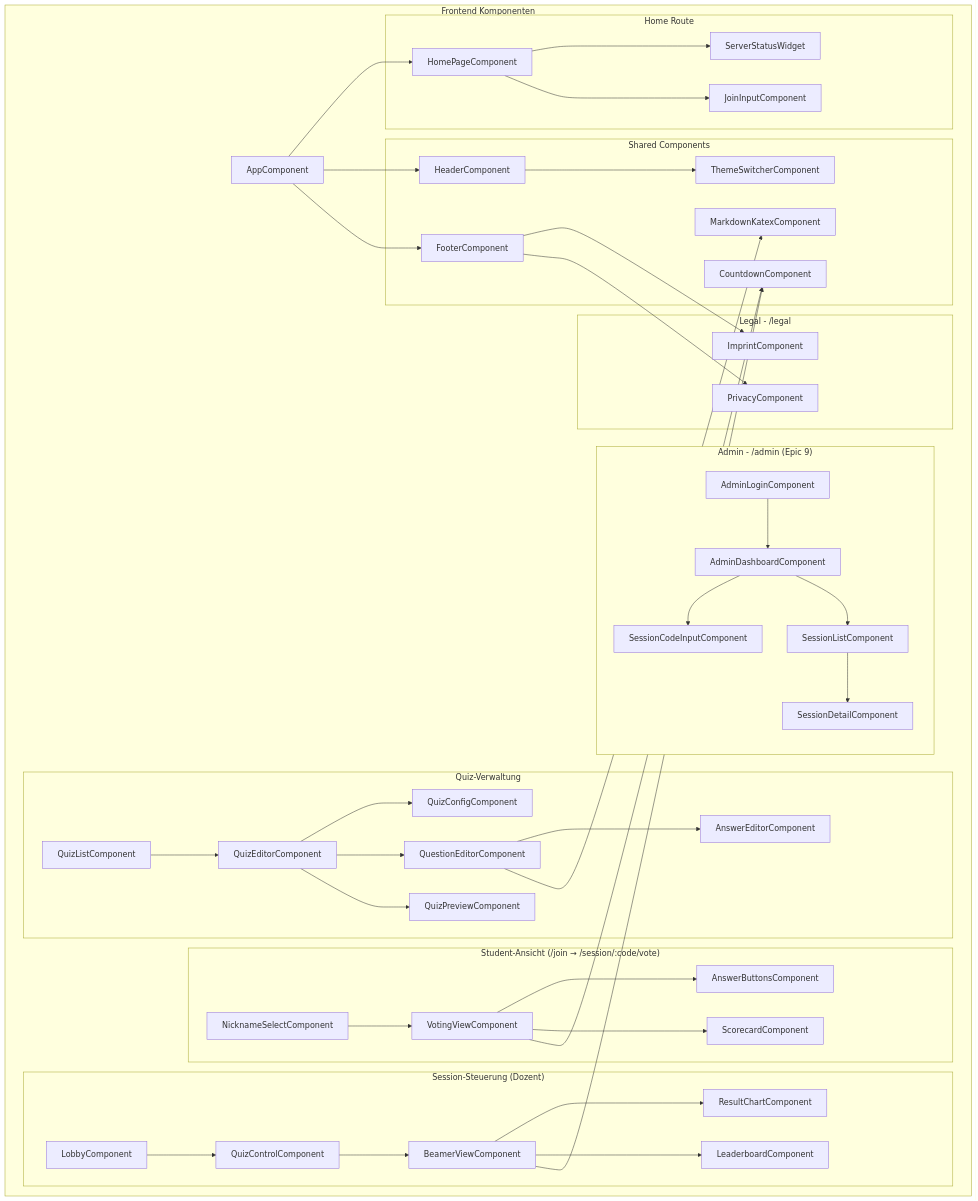
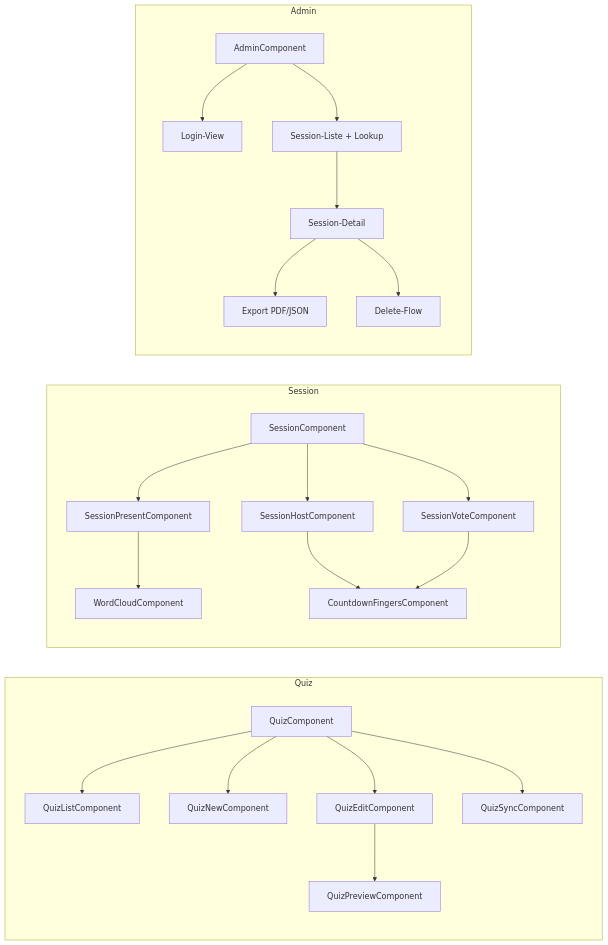
One commit to arsnova-dev/arsnova.eu changed the sixth of 12 diagrams in docs/diagrams/architecture-overview.md. Above: the diagram before and after it, drawn with Mermaid. The commit also changed other lines of this file and 18 other files, not shown here.

````diff
--- a/docs/diagrams/architecture-overview.md
+++ b/docs/diagrams/architecture-overview.md
@@ -191,91 +262,46 @@
 ```mermaid
-graph TD
-    subgraph "Frontend Komponenten"
-        APP[AppComponent]
-        
-        subgraph "Home Route"
-            HOME[HomePageComponent]
-            STATUS[ServerStatusWidget]
-            JOIN[JoinInputComponent]
-        end
-        
-        subgraph "Quiz-Verwaltung"
-            QLIST[QuizListComponent]
-            QEDIT[QuizEditorComponent]
-            QCONFIG[QuizConfigComponent]
-            QEDITOR[QuestionEditorComponent]
-            AEDITOR[AnswerEditorComponent]
-            PREVIEW[QuizPreviewComponent]
-        end
-        
-        subgraph "Session-Steuerung (Dozent)"
-            LOBBY[LobbyComponent]
-            CONTROL[QuizControlComponent]
-            BEAMER[BeamerViewComponent]
-            CHART[ResultChartComponent]
-            LEADERBOARD[LeaderboardComponent]
-        end
-        
-        subgraph "Student-Ansicht (/join → /session/:code/vote)"
-            NICK[NicknameSelectComponent]
-            VOTING[VotingViewComponent]
-            BUTTONS[AnswerButtonsComponent]
-            SCORECARD[ScorecardComponent]
-        end
+%%{init: {'flowchart': {'curve': 'basis', 'nodeSpacing': 60, 'rankSpacing': 90, 'padding': 18}}}%%
+graph LR
+    subgraph "Quiz"
+        QSHELL[QuizComponent]
+        QLIST[QuizListComponent]
+        QNEW[QuizNewComponent]
+        QEDIT[QuizEditComponent]
+        PREVIEW[QuizPreviewComponent]
+        QSYNC[QuizSyncComponent]
+        QSHELL --> QLIST
+        QSHELL --> QNEW
+        QSHELL --> QEDIT
+        QEDIT --> PREVIEW
+        QSHELL --> QSYNC
+    end
 
-        subgraph "Admin - /admin (Epic 9)"
-            ADMIN_LOGIN[AdminLoginComponent]
-            ADMIN_DASH[AdminDashboardComponent]
-            ADMIN_CODE[SessionCodeInputComponent]
-            ADMIN_LIST[SessionListComponent]
-            ADMIN_DETAIL[SessionDetailComponent]
-        end
+    subgraph "Session"
+        SROOT[SessionComponent]
+        SHOST[SessionHostComponent]
+        SPRESENT[SessionPresentComponent]
+        SVOTE[SessionVoteComponent]
+        WCLOUD[WordCloudComponent]
+        COUNTDOWN[CountdownFingersComponent]
+        SROOT --> SHOST
+        SROOT --> SPRESENT
+        SROOT --> SVOTE
+        SPRESENT --> WCLOUD
+        SHOST --> COUNTDOWN
+        SVOTE --> COUNTDOWN
+    end
 
-        subgraph "Legal - /legal"
-            IMPRINT[ImprintComponent]
-            PRIVACY[PrivacyComponent]
-        end
-        
-        subgraph "Shared Components"
-            HEADER[HeaderComponent]
-            FOOTER[FooterComponent]
-            THEME[ThemeSwitcherComponent]
-            COUNTDOWN[CountdownComponent]
-            MARKDOWN[MarkdownKatexComponent]
-        end
+    subgraph "Admin"
+        AROOT[AdminComponent]
+        ALOGIN[Login-View]
+        ALIST[Session-Liste + Lookup]
+        ADETAIL[Session-Detail]
+        AEXPORT[Export PDF/JSON]
+        ADELETE[Delete-Flow]
+        AROOT --> ALOGIN
+        AROOT --> ALIST
+        ALIST --> ADETAIL
+        ADETAIL --> AEXPORT
+        ADETAIL --> ADELETE
     end
-    
-    APP --> HOME
-    APP --> HEADER
-    APP --> FOOTER
-    
-    HOME --> STATUS
-    HOME --> JOIN
-    
-    QLIST --> QEDIT
-    QEDIT --> QCONFIG
-    QEDIT --> QEDITOR
-    QEDIT --> PREVIEW
-    QEDITOR --> AEDITOR
-    
-    LOBBY --> CONTROL
-    CONTROL --> BEAMER
-    BEAMER --> CHART
-    BEAMER --> LEADERBOARD
-    
-    NICK --> VOTING
-    VOTING --> BUTTONS
-    VOTING --> SCORECARD
-
-    ADMIN_LOGIN --> ADMIN_DASH
-    ADMIN_DASH --> ADMIN_CODE
-    ADMIN_DASH --> ADMIN_LIST
-    ADMIN_LIST --> ADMIN_DETAIL
-    
-    HEADER --> THEME
-    FOOTER --> IMPRINT
-    FOOTER --> PRIVACY
-    BEAMER --> COUNTDOWN
-    VOTING --> COUNTDOWN
-    QEDITOR --> MARKDOWN
 ```
````
